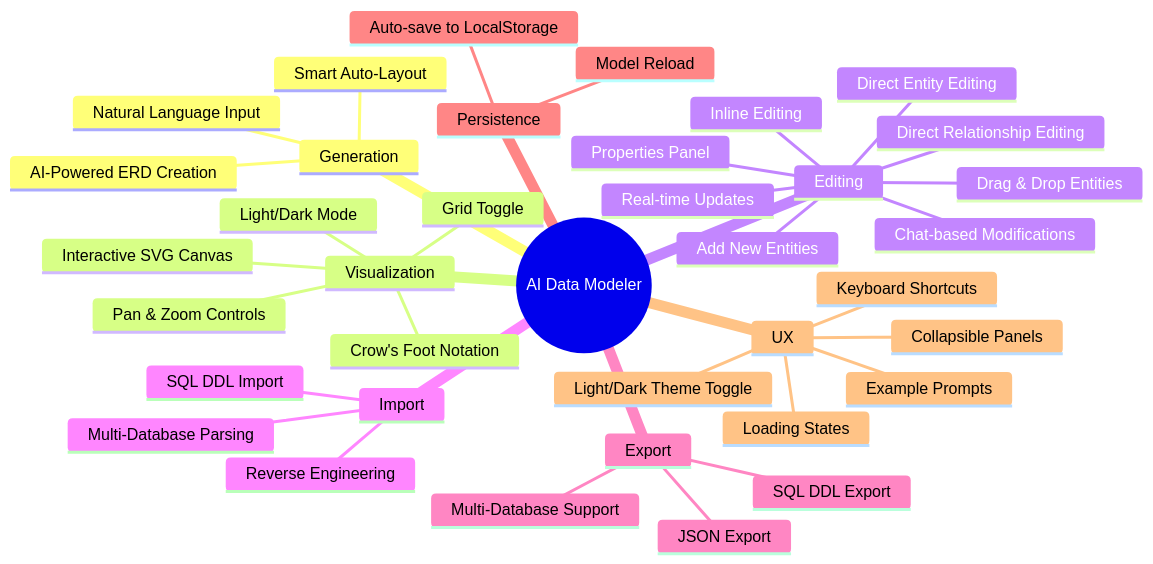
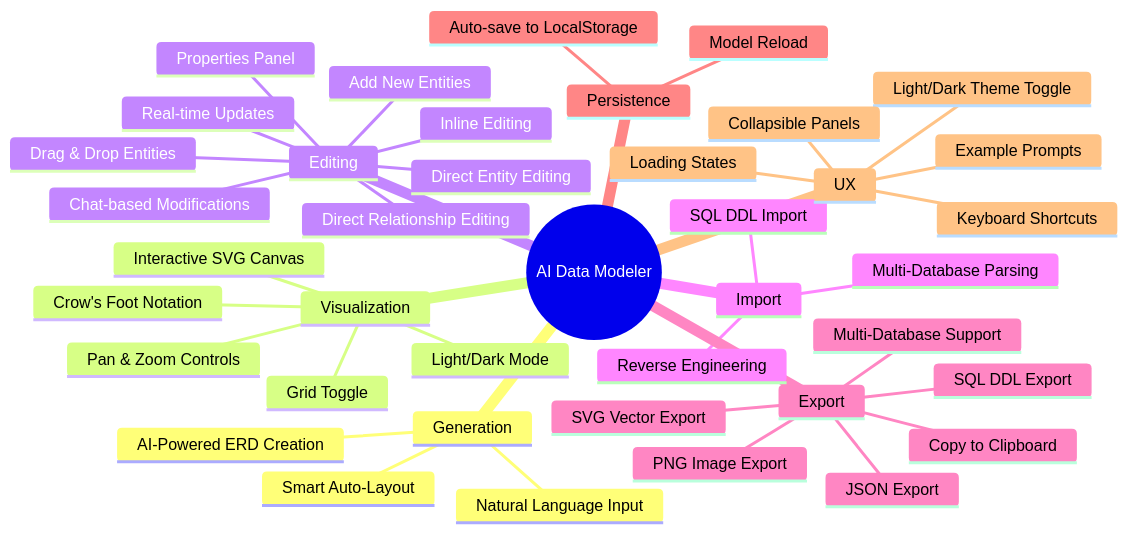
Before and after one commit to pandeyraunak007/ai-data-modeler: the tenth of 15 diagrams in Guide.md, drawn with Mermaid. The commit also changed other lines of this file and 2 other files, not shown here.

First line of the commit message:
Add PNG/SVG image export feature

````diff
--- a/Guide.md
+++ b/Guide.md
@@ -354,40 +355,43 @@
 ```mermaid
 mindmap
     root((AI Data Modeler))
         Generation
             Natural Language Input
             AI-Powered ERD Creation
             Smart Auto-Layout
         Visualization
             Interactive SVG Canvas
             Crow's Foot Notation
             Pan & Zoom Controls
             Grid Toggle
             Light/Dark Mode
         Editing
             Drag & Drop Entities
             Chat-based Modifications
             Direct Entity Editing
             Direct Relationship Editing
             Properties Panel
             Inline Editing
             Add New Entities
             Real-time Updates
         Import
             SQL DDL Import
             Reverse Engineering
             Multi-Database Parsing
         Export
             JSON Export
             SQL DDL Export
             Multi-Database Support
+            PNG Image Export
+            SVG Vector Export
+            Copy to Clipboard
         Persistence
             Auto-save to LocalStorage
             Model Reload
         UX
             Light/Dark Theme Toggle
             Keyboard Shortcuts
             Example Prompts
             Loading States
             Collapsible Panels
 ```
````
